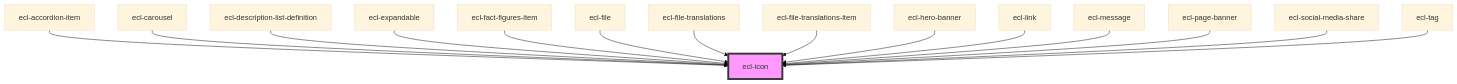
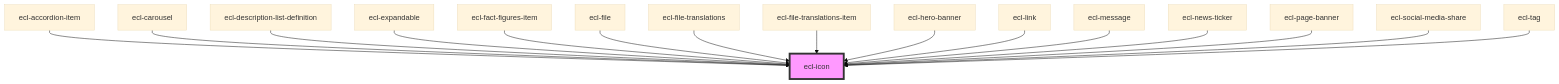
The diagram in src/components/ecl-icon/readme.md (ec-europa/ecl-webcomponents), drawn with Mermaid (base theme) before and after one commit. The commit also changed other lines of this file and 15 other files, not shown here.

Commit message:
chore(webcomponents): Adding news-ticker

````diff
--- a/src/components/ecl-icon/readme.md
+++ b/src/components/ecl-icon/readme.md
@@ -40,18 +41,19 @@
 ```mermaid
 graph TD;
   ecl-accordion-item --> ecl-icon
   ecl-carousel --> ecl-icon
   ecl-description-list-definition --> ecl-icon
   ecl-expandable --> ecl-icon
   ecl-fact-figures-item --> ecl-icon
   ecl-file --> ecl-icon
   ecl-file-translations --> ecl-icon
   ecl-file-translations-item --> ecl-icon
   ecl-hero-banner --> ecl-icon
   ecl-link --> ecl-icon
   ecl-message --> ecl-icon
+  ecl-news-ticker --> ecl-icon
   ecl-page-banner --> ecl-icon
   ecl-social-media-share --> ecl-icon
   ecl-tag --> ecl-icon
   style ecl-icon fill:#f9f,stroke:#333,stroke-width:4px
 ```
````
